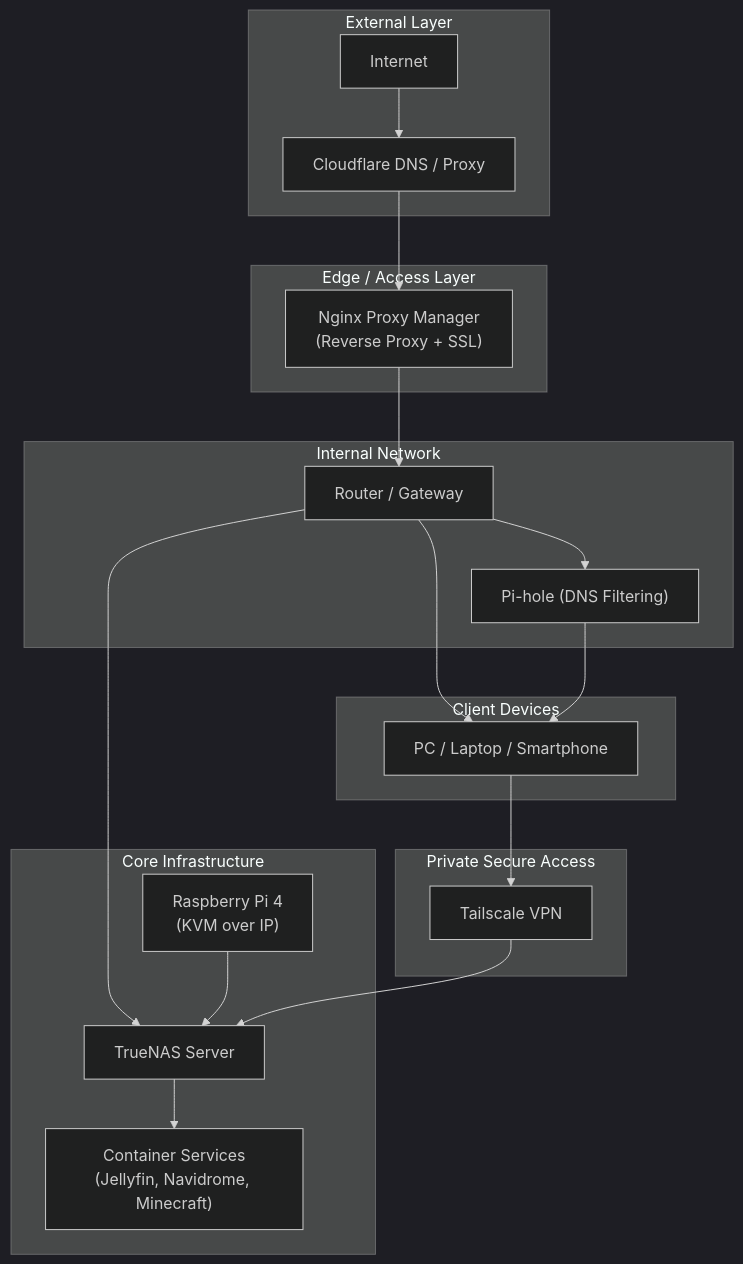
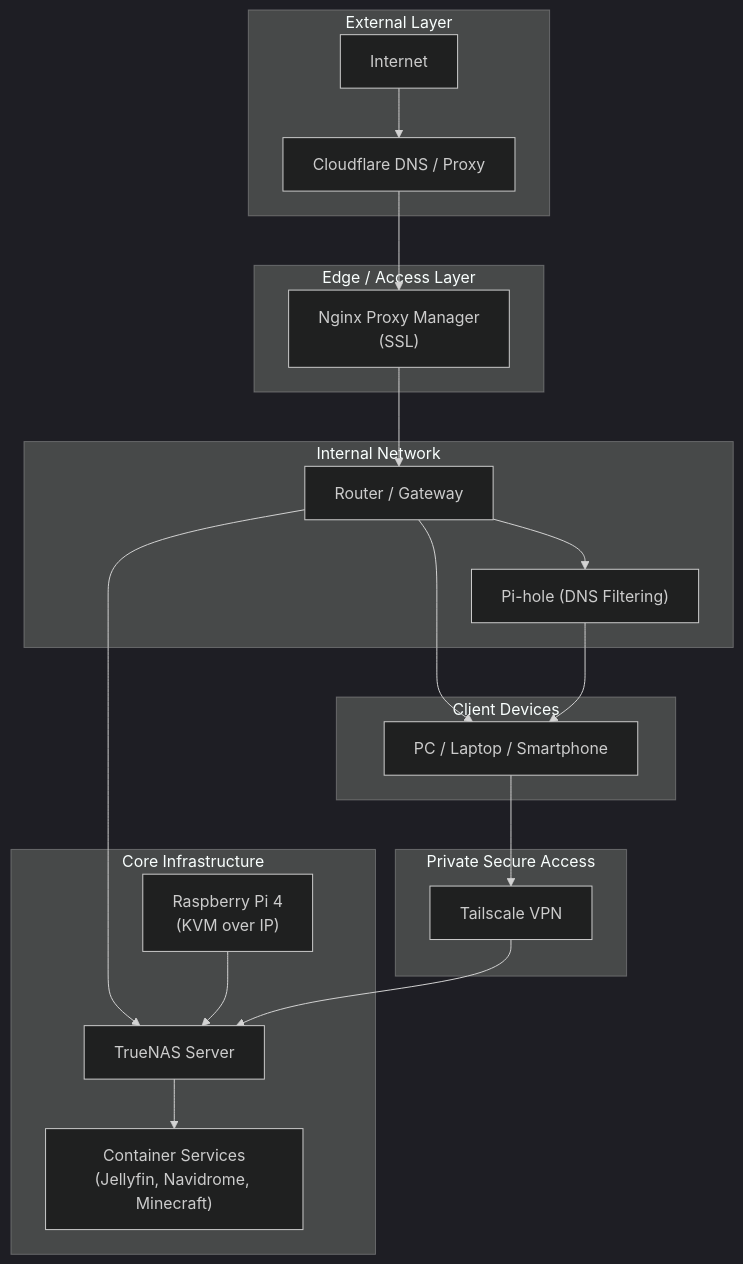
The diagram in ntdiagram.md (seegerd89/Homelab), drawn with Mermaid (dark theme) before and after one commit.

````diff
--- a/ntdiagram.md
+++ b/ntdiagram.md
@@ -2,52 +2,52 @@
 ```mermaid
 flowchart TB
 
 %% ========== EXTERNAL ==========
 subgraph External["External Layer"]
     Internet["Internet"]
     Cloudflare["Cloudflare DNS / Proxy"]
 end
 
 %% ========== EDGE ==========
 subgraph Edge["Edge / Access Layer"]
-    NPM["Nginx Proxy Manager\n(Reverse Proxy + SSL)"]
+    NPM["Nginx Proxy Manager\n(SSL)"]
 end
 
 %% ========== NETWORK ==========
 subgraph Network["Internal Network"]
     Router["Router / Gateway"]
     PiHole["Pi-hole (DNS Filtering)"]
 end
 
 %% ========== INFRA ==========
 subgraph Infrastructure["Core Infrastructure"]
     TrueNAS["TrueNAS Server"]
     Containers["Container Services\n(Jellyfin, Navidrome, Minecraft)"]
     KVM["Raspberry Pi 4\n(KVM over IP)"]
 end
 
 %% ========== CLIENTS ==========
 subgraph Clients["Client Devices"]
     Devices["PC / Laptop / Smartphone"]
 end
 
 %% ========== PRIVATE ACCESS ==========
 subgraph PrivateAccess["Private Secure Access"]
     Tailscale["Tailscale VPN"]
 end
 
 %% ========== CONNECTIONS ==========
 
 Internet --> Cloudflare --> NPM --> Router
 
 Router --> TrueNAS
 Router --> PiHole
 Router --> Devices
 
 PiHole --> Devices
 
 TrueNAS --> Containers
 KVM --> TrueNAS
 
 Devices --> Tailscale --> TrueNAS
 ```
````
